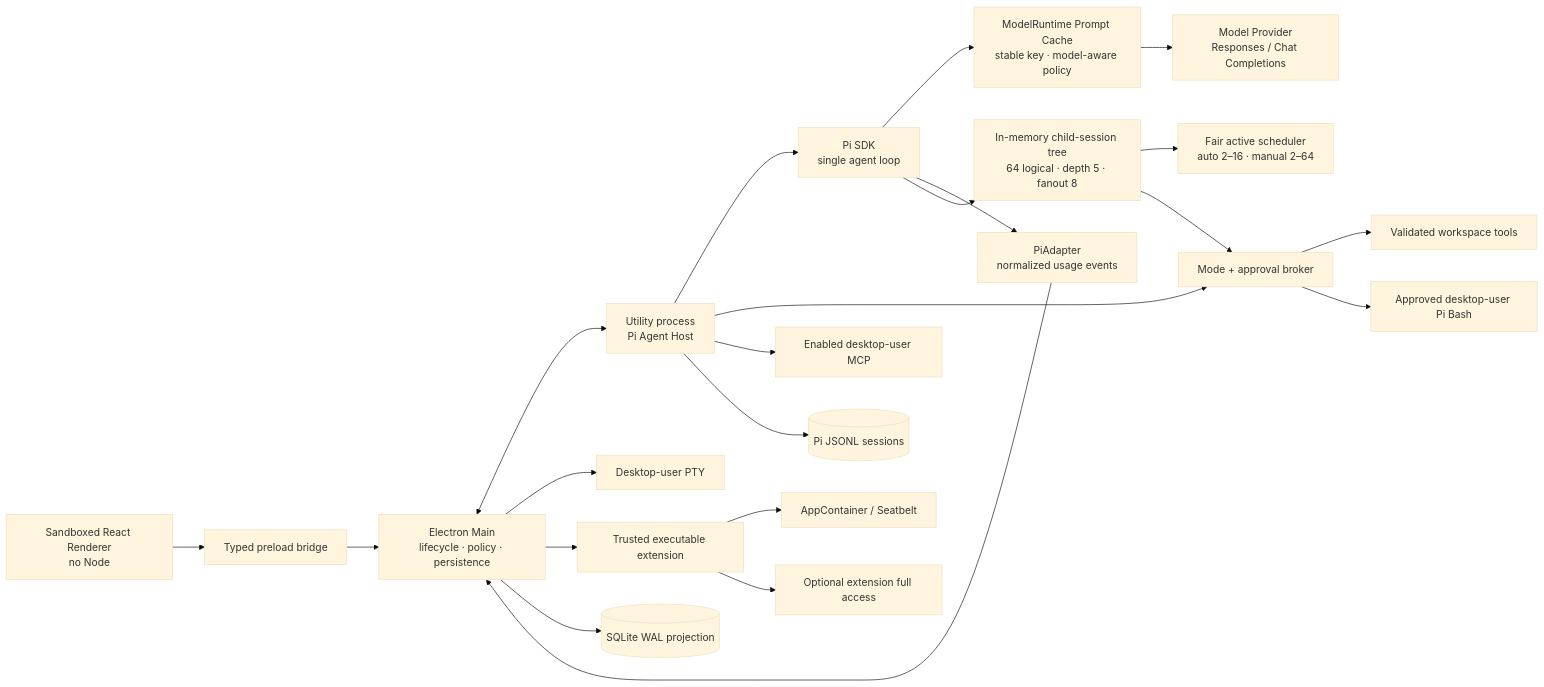
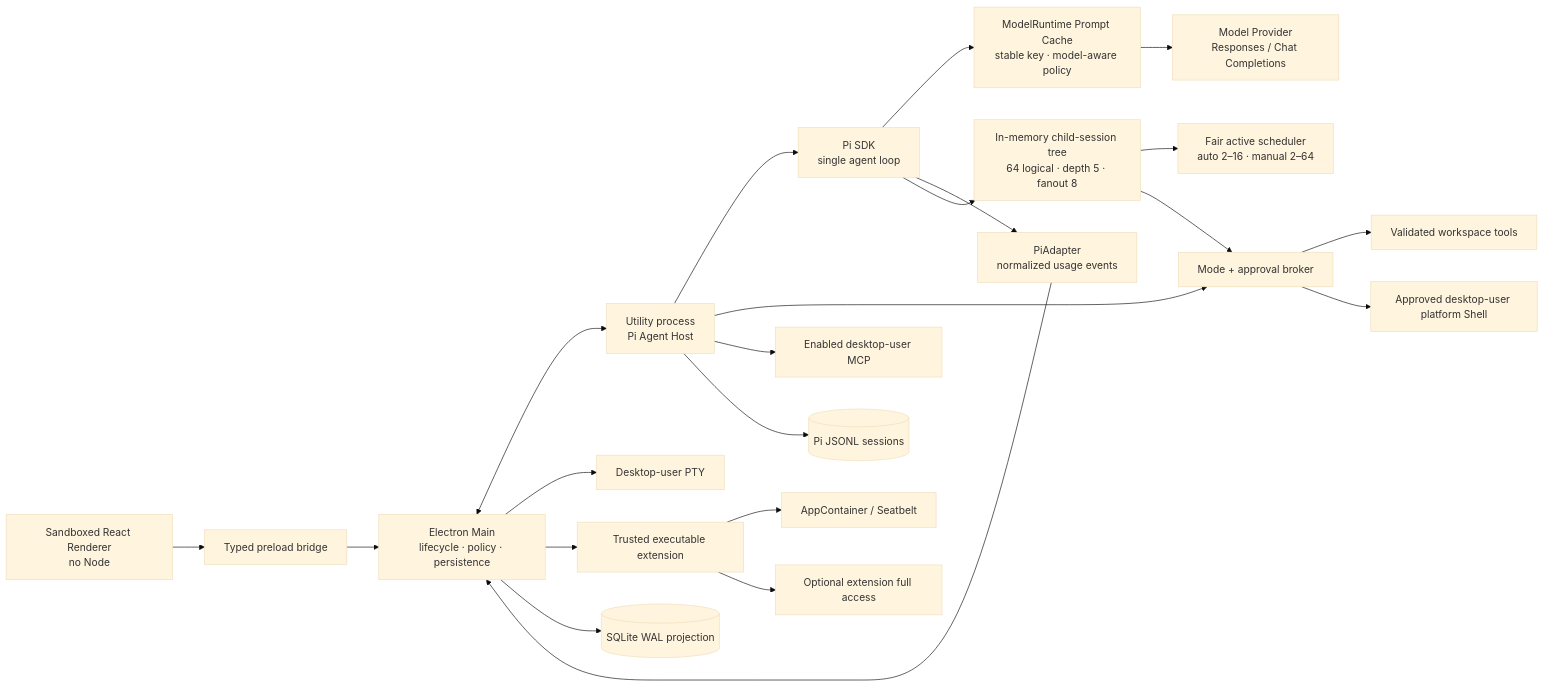
One commit to EurekaRaider/Artemis changed the diagram in docs/architecture.md. Above: the diagram before and after it, drawn with Mermaid (base theme). The commit also changed 45 other files, not shown here.

````diff
--- a/docs/architecture.md
+++ b/docs/architecture.md
@@ -5,24 +5,24 @@
 ```mermaid
 flowchart LR
   R["Sandboxed React Renderer<br/>no Node"] --> P["Typed preload bridge"]
   P --> M["Electron Main<br/>lifecycle · policy · persistence"]
   M <--> A["Utility process<br/>Pi Agent Host"]
   A --> PI["Pi SDK<br/>single agent loop"]
   PI --> PC["ModelRuntime Prompt Cache<br/>stable key · model-aware policy"]
   PC --> MP["Model Provider<br/>Responses / Chat Completions"]
   PI --> PA["PiAdapter<br/>normalized usage events"]
   PA --> M
   PI --> C["In-memory child-session tree<br/>64 logical · depth 5 · fanout 8"]
   C --> Q["Fair active scheduler<br/>auto 2–16 · manual 2–64"]
   A --> B["Mode + approval broker"]
   C --> B
   B --> W["Validated workspace tools"]
-  B --> H["Approved desktop-user Pi Bash"]
+  B --> H["Approved desktop-user platform Shell"]
   A --> X["Enabled desktop-user MCP"]
   M --> T["Desktop-user PTY"]
   M --> E["Trusted executable extension"]
   E --> S["AppContainer / Seatbelt"]
   E --> F["Optional extension full access"]
   M --> D[("SQLite WAL projection")]
   A --> J[("Pi JSONL sessions")]
 ```
````
